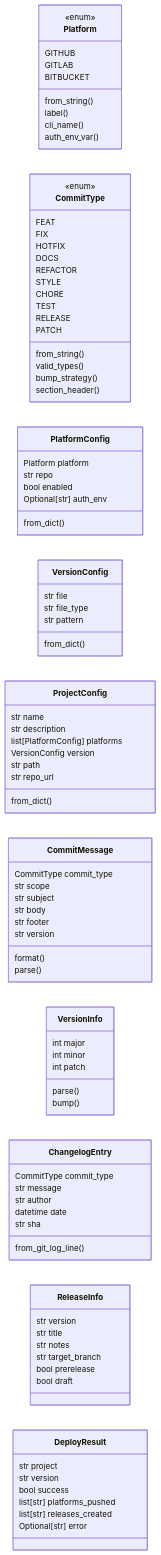
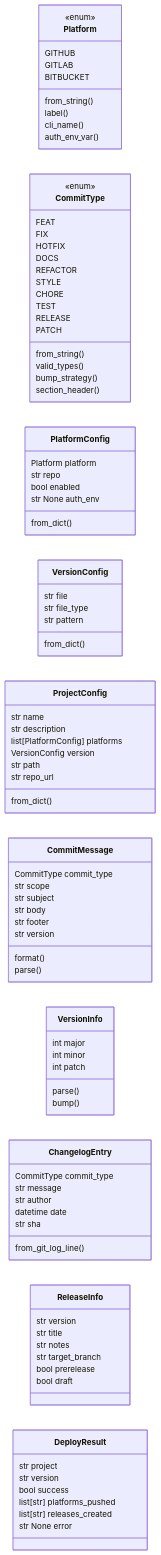
One commit to grisuno/deploynator changed the first of 2 diagrams in readmenator-apidocs/modules/deploynator._models.py.md. Above: the diagram before and after it, drawn with Mermaid. The commit also changed other lines of this file and 144 other files, not shown here.

````diff
--- a/readmenator-apidocs/modules/deploynator._models.py.md
+++ b/readmenator-apidocs/modules/deploynator._models.py.md
@@ -41,7 +41,7 @@
     PlatformConfig : Platform platform
     PlatformConfig : str repo
     PlatformConfig : bool enabled
-    PlatformConfig : Optional[str] auth_env
+    PlatformConfig : str  None auth_env
     PlatformConfig : from_dict()
     class VersionConfig
     VersionConfig : str file
@@ -91,5 +91,5 @@
     DeployResult : bool success
     DeployResult : list[str] platforms_pushed
     DeployResult : list[str] releases_created
-    DeployResult : Optional[str] error
+    DeployResult : str  None error
 ```
````
